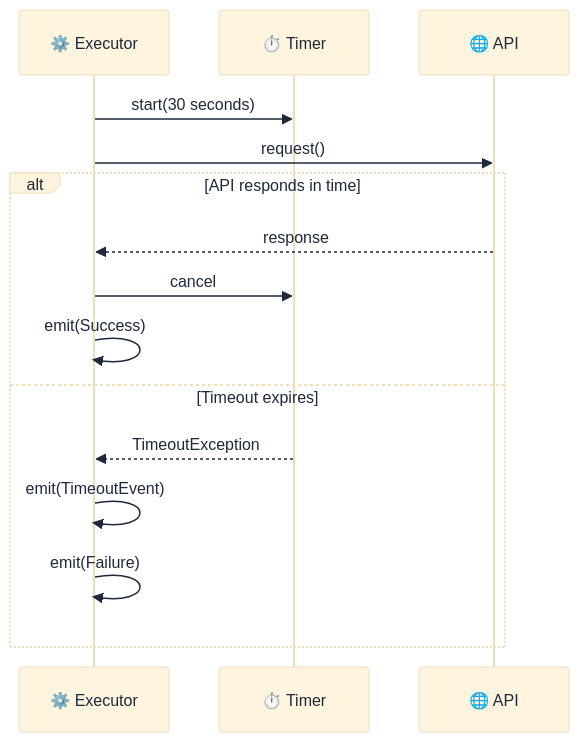
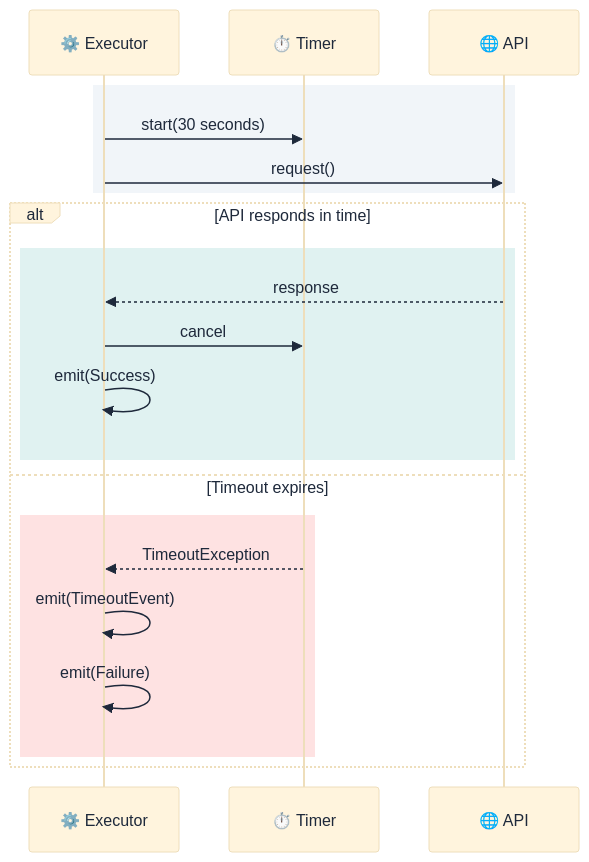
The fourth of 16 diagrams in book/chapters/05_advanced_patterns.md (lploc94/flutter_orchestrator), drawn with Mermaid before and after one commit. The commit also changed other lines of this file and 1 other file, not shown here.

````diff
--- a/book/chapters/05_advanced_patterns.md
+++ b/book/chapters/05_advanced_patterns.md
@@ -98,20 +108,26 @@
 ```mermaid
 %%{init: {'theme': 'base', 'themeVariables': { 'primaryTextColor': '#1e293b', 'noteTextColor': '#1e293b', 'actorTextColor': '#1e293b' }}}%%
 sequenceDiagram
     participant Exec as ⚙️ Executor
     participant Timer as ⏱️ Timer
     participant API as 🌐 API
     
-    Exec->>Timer: start(30 seconds)
-    Exec->>API: request()
+    rect rgb(241, 245, 249)
+        Exec->>Timer: start(30 seconds)
+        Exec->>API: request()
+    end
     
     alt API responds in time
-        API-->>Exec: response
-        Exec->>Timer: cancel
-        Exec->>Exec: emit(Success)
+        rect rgb(224, 242, 241)
+            API-->>Exec: response
+            Exec->>Timer: cancel
+            Exec->>Exec: emit(Success)
+        end
     else Timeout expires
-        Timer-->>Exec: TimeoutException
-        Exec->>Exec: emit(TimeoutEvent)
-        Exec->>Exec: emit(Failure)
+        rect rgb(254, 226, 226)
+            Timer-->>Exec: TimeoutException
+            Exec->>Exec: emit(TimeoutEvent)
+            Exec->>Exec: emit(Failure)
+        end
     end
 ```
````
